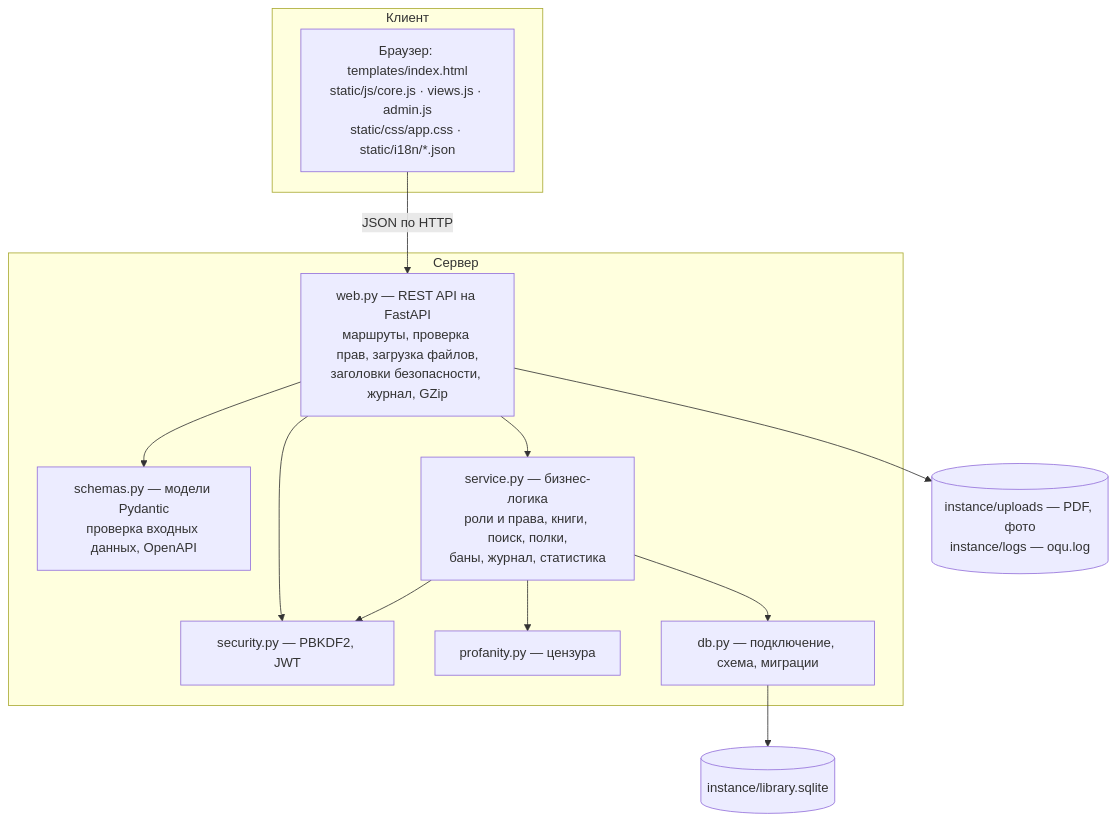
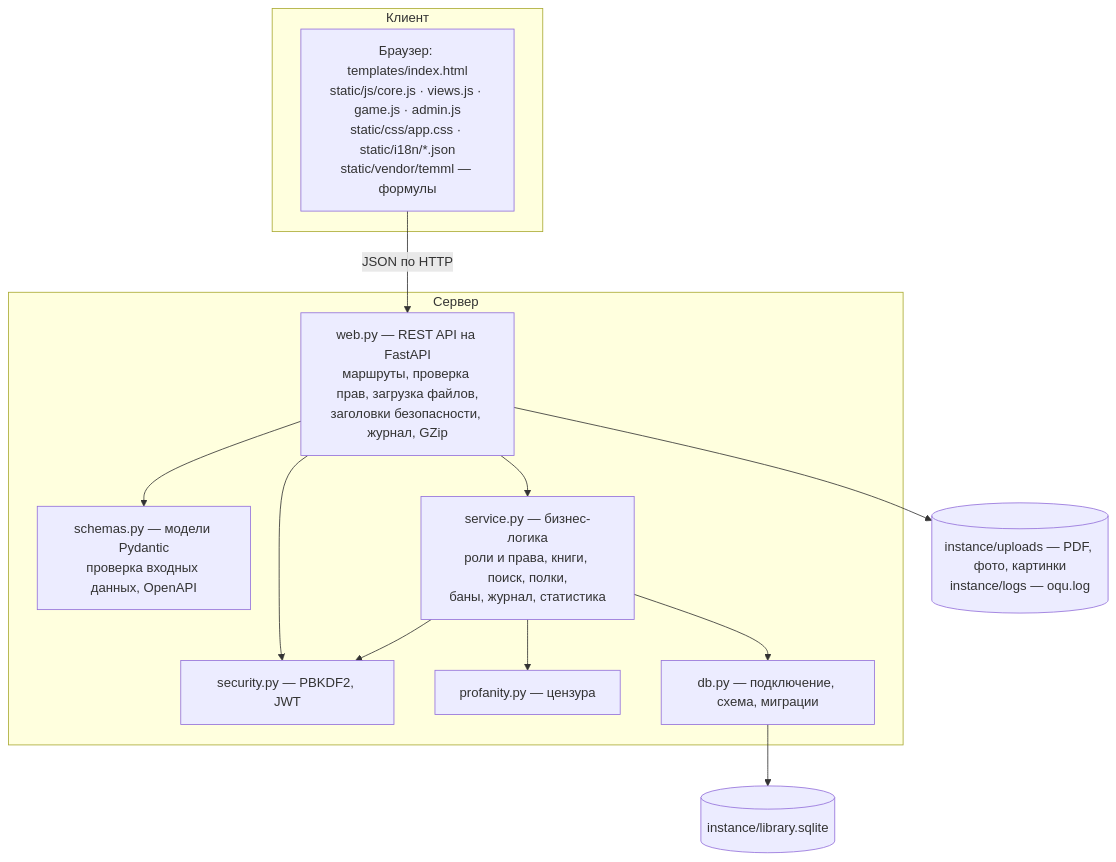
The second of 5 diagrams in docs/03_Описание_архитектуры.md (Kioku-0/oqu), drawn with Mermaid before and after one commit. The commit also changed other lines of this file and 51 other files, not shown here.

````diff
--- a/docs/03_Описание_архитектуры.md
+++ b/docs/03_Описание_архитектуры.md
@@ -28,24 +28,24 @@
 ```mermaid
 flowchart TB
     subgraph Клиент
-        B[Браузер: templates/index.html<br/>static/js/core.js · views.js · admin.js<br/>static/css/app.css · static/i18n/*.json]
+        B[Браузер: templates/index.html<br/>static/js/core.js · views.js · game.js · admin.js<br/>static/css/app.css · static/i18n/*.json<br/>static/vendor/temml — формулы]
     end
     subgraph Сервер
         W[web.py — REST API на FastAPI<br/>маршруты, проверка прав, загрузка файлов,<br/>заголовки безопасности, журнал, GZip]
         SC[schemas.py — модели Pydantic<br/>проверка входных данных, OpenAPI]
         SE[security.py — PBKDF2, JWT]
         SV[service.py — бизнес-логика<br/>роли и права, книги, поиск, полки,<br/>баны, журнал, статистика]
         PR[profanity.py — цензура]
         DB[db.py — подключение, схема, миграции]
     end
     F[(instance/library.sqlite)]
-    FS[(instance/uploads — PDF, фото<br/>instance/logs — oqu.log)]
+    FS[(instance/uploads — PDF, фото, картинки<br/>instance/logs — oqu.log)]
     B -- JSON по HTTP --> W
     W --> SC
     W --> SE
     W --> SV
     SV --> PR
     SV --> SE
     SV --> DB --> F
     W --> FS
 ```
````
